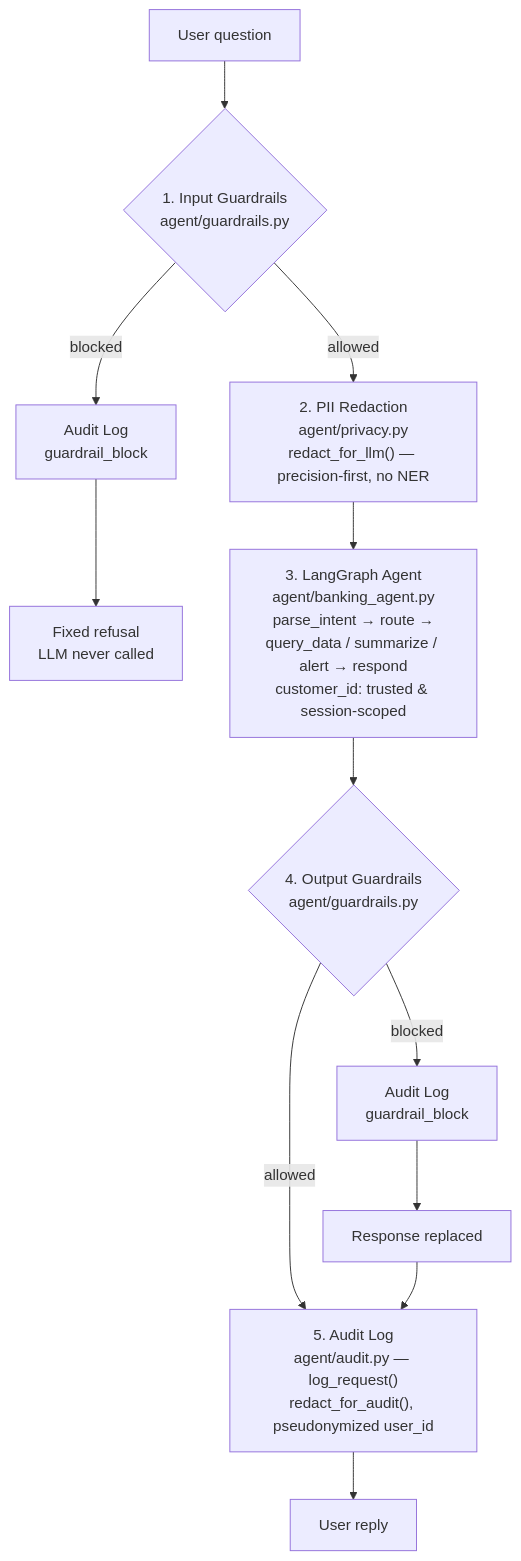
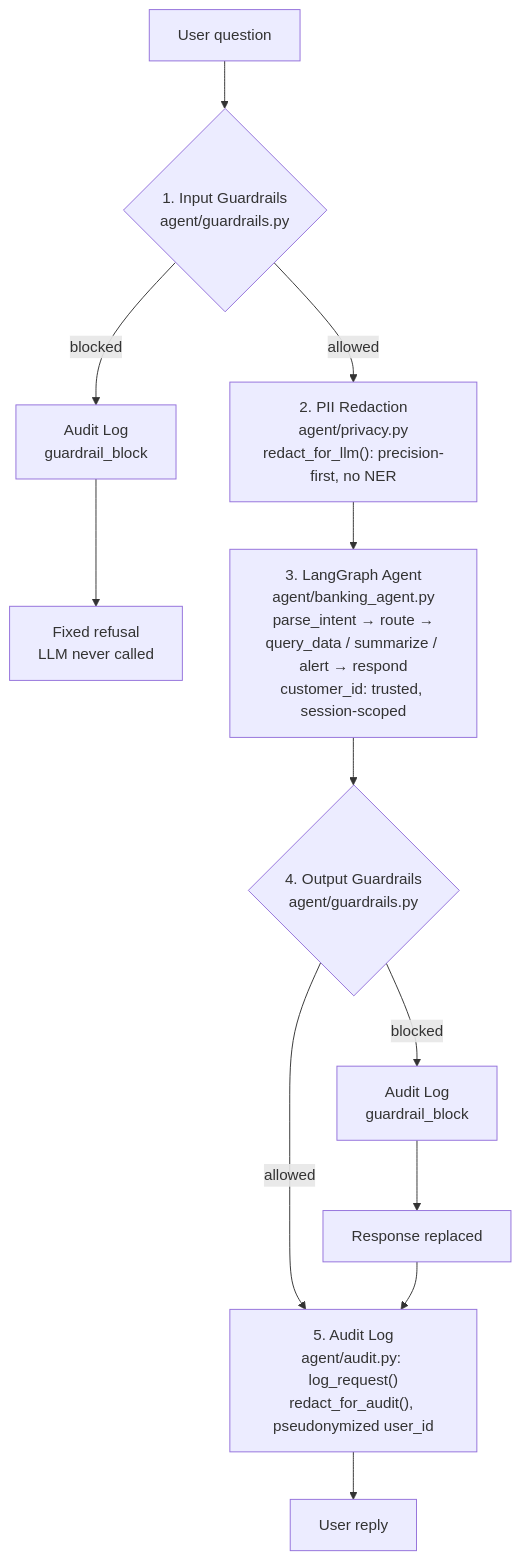
The diagram in README.md (Mervecaliskann/responsible-ai-banking-agent), drawn with Mermaid before and after one commit. The commit also changed other lines of this file, not shown here.

````diff
--- a/README.md
+++ b/README.md
@@ -35,12 +34,12 @@
 ```mermaid
 flowchart TD
     A["User question"] --> B{"1. Input Guardrails<br/>agent/guardrails.py"}
     B -- blocked --> B1["Audit Log<br/>guardrail_block"] --> B2["Fixed refusal<br/>LLM never called"]
-    B -- allowed --> C["2. PII Redaction<br/>agent/privacy.py<br/>redact_for_llm() — precision-first, no NER"]
-    C --> D["3. LangGraph Agent<br/>agent/banking_agent.py<br/>parse_intent → route →<br/>query_data / summarize / alert → respond<br/>customer_id: trusted & session-scoped"]
+    B -- allowed --> C["2. PII Redaction<br/>agent/privacy.py<br/>redact_for_llm(): precision-first, no NER"]
+    C --> D["3. LangGraph Agent<br/>agent/banking_agent.py<br/>parse_intent → route →<br/>query_data / summarize / alert → respond<br/>customer_id: trusted, session-scoped"]
     D --> E{"4. Output Guardrails<br/>agent/guardrails.py"}
     E -- blocked --> E1["Audit Log<br/>guardrail_block"] --> E2["Response replaced"]
-    E -- allowed --> F["5. Audit Log<br/>agent/audit.py — log_request()<br/>redact_for_audit(), pseudonymized user_id"]
+    E -- allowed --> F["5. Audit Log<br/>agent/audit.py: log_request()<br/>redact_for_audit(), pseudonymized user_id"]
     E2 --> F
     F --> G["User reply"]
 ```
````
